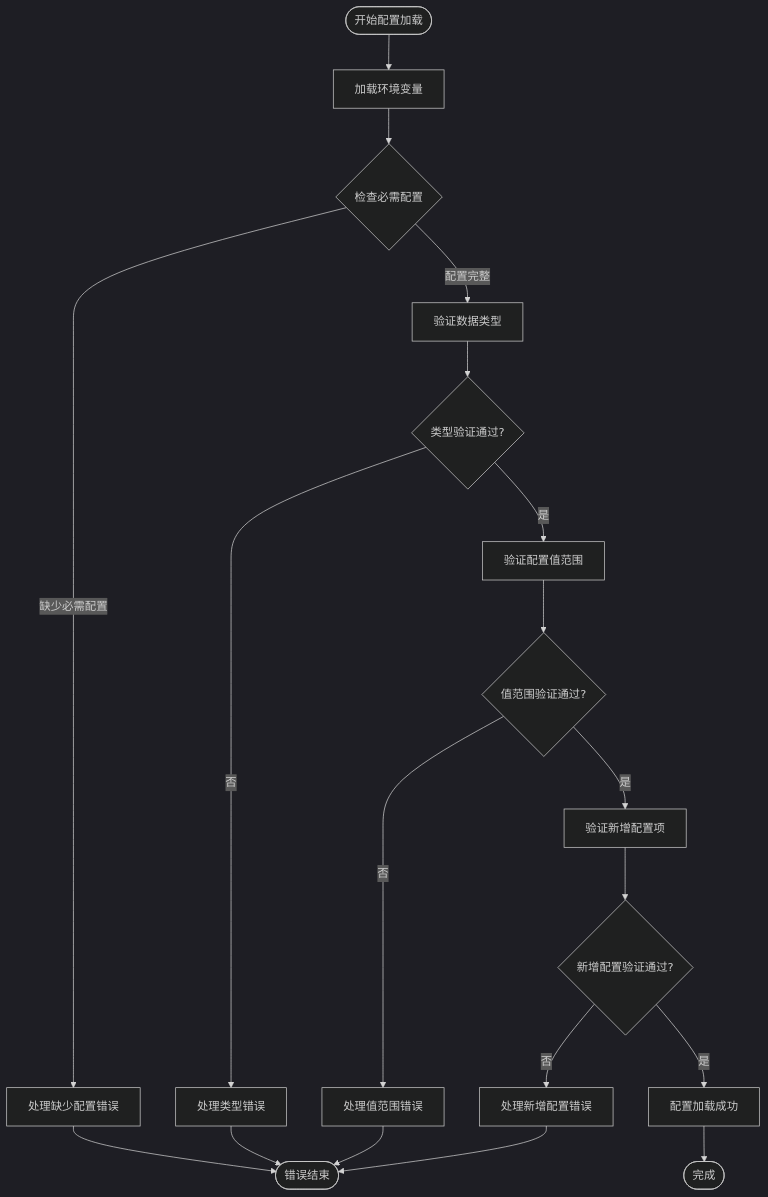
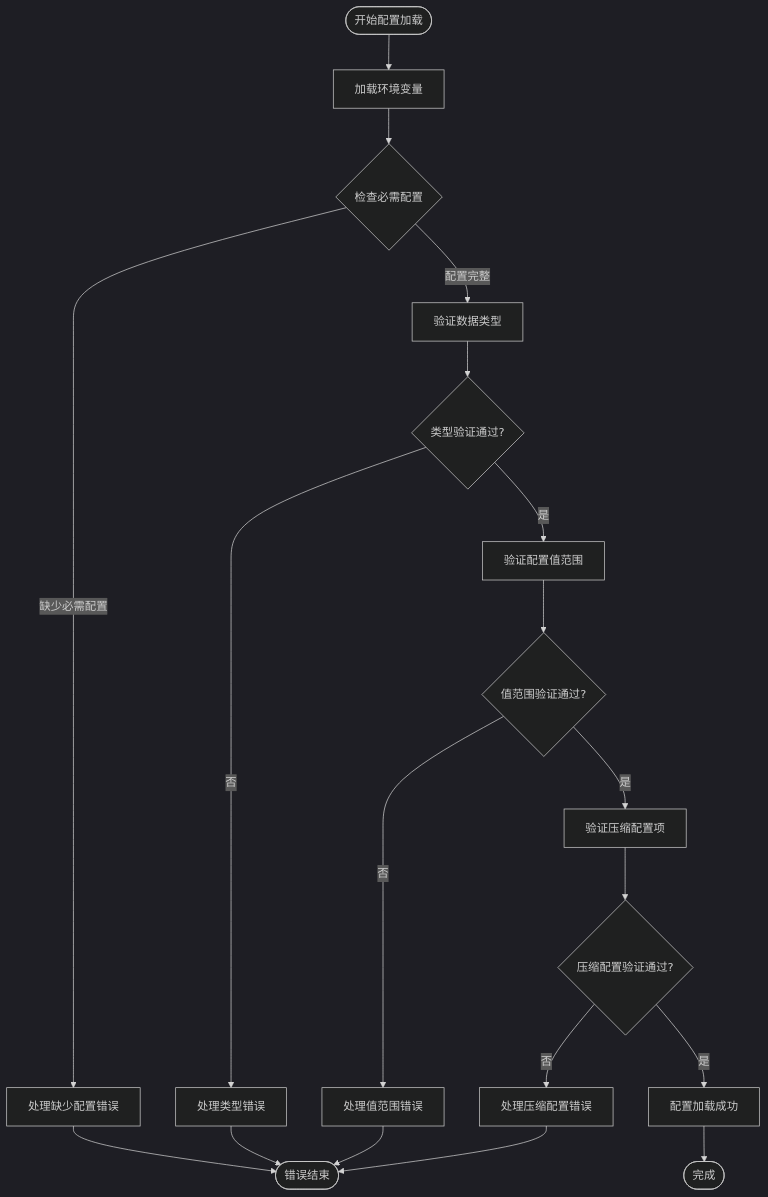
One commit to 250shiwo/MySmallAgent changed the fifth of 7 diagrams in .qoder/repowiki/zh/content/核心模块详解/配置管理系统.md. Above: the diagram before and after it, drawn with Mermaid (dark theme). The commit also changed other lines of this file and 41 other files, not shown here.

````diff
--- a/.qoder/repowiki/zh/content/核心模块详解/配置管理系统.md
+++ b/.qoder/repowiki/zh/content/核心模块详解/配置管理系统.md
@@ -251,21 +260,21 @@
 ```mermaid
 flowchart TD
 Start([开始配置加载]) --> LoadEnv["加载环境变量"]
 LoadEnv --> CheckRequired{"检查必需配置"}
 CheckRequired --> |缺少必需配置| HandleMissing["处理缺少配置错误"]
 CheckRequired --> |配置完整| ValidateTypes["验证数据类型"]
 ValidateTypes --> TypeValid{"类型验证通过?"}
 TypeValid --> |否| HandleTypeErr["处理类型错误"]
 TypeValid --> |是| ValidateValues["验证配置值范围"]
 ValidateValues --> ValueValid{"值范围验证通过?"}
 ValueValid --> |否| HandleValueErr["处理值范围错误"]
-ValueValid --> |是| ValidateNewFields["验证新增配置项"]
-ValidateNewFields --> NewFieldsValid{"新增配置验证通过?"}
-NewFieldsValid --> |否| HandleNewFieldErr["处理新增配置错误"]
-NewFieldsValid --> |是| Success["配置加载成功"]
+ValueValid --> |是| ValidateCompressionFields["验证压缩配置项"]
+ValidateCompressionFields --> CompressionValid{"压缩配置验证通过?"}
+CompressionValid --> |否| HandleCompressionErr["处理压缩配置错误"]
+CompressionValid --> |是| Success["配置加载成功"]
 HandleMissing --> ErrorEnd([错误结束])
 HandleTypeErr --> ErrorEnd
 HandleValueErr --> ErrorEnd
-HandleNewFieldErr --> ErrorEnd
+HandleCompressionErr --> ErrorEnd
 Success --> End([完成])
 ```
````
